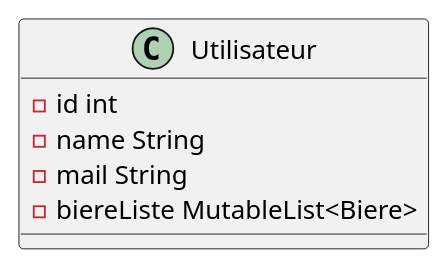
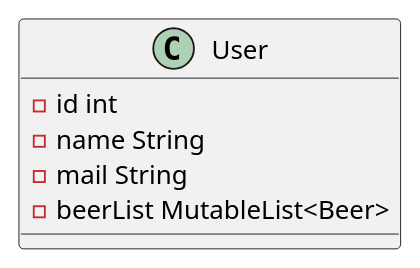
One commit to TheNoobProgrammeur/birudroid changed the diagram in doc/spec/models/uml/utilisateur.puml. Above: the diagram before and after it, drawn with PlantUML. The commit also changed 5 other files, not shown here.

```diff
--- a/doc/spec/models/uml/utilisateur.puml
+++ b/doc/spec/models/uml/utilisateur.puml
@@ -1,8 +1,8 @@
-@startuml Class Utilisateur
-class Utilisateur {
+@startuml Class User
+class User {
     - id int
     - name String
     - mail String
-    - biereListe MutableList<Biere>
+    - beerList MutableList<Beer>
 }
 @enduml
```
